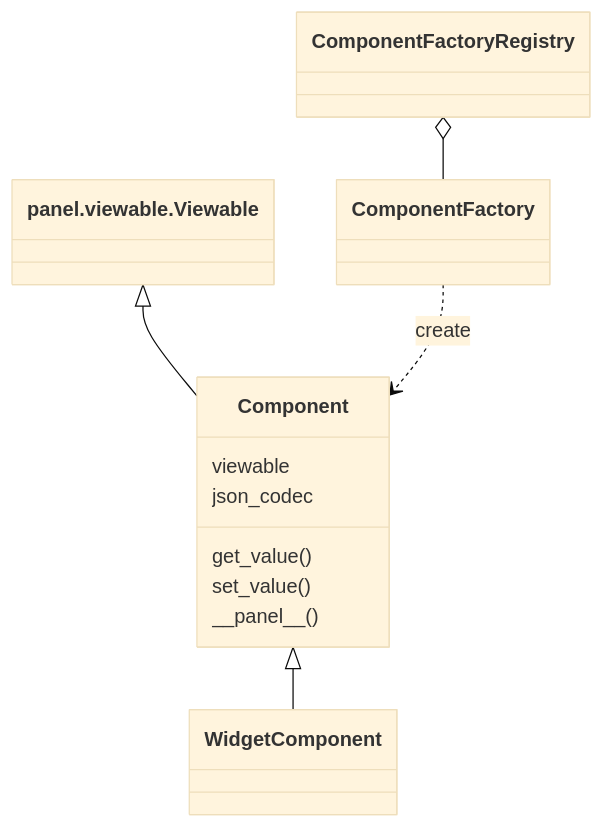
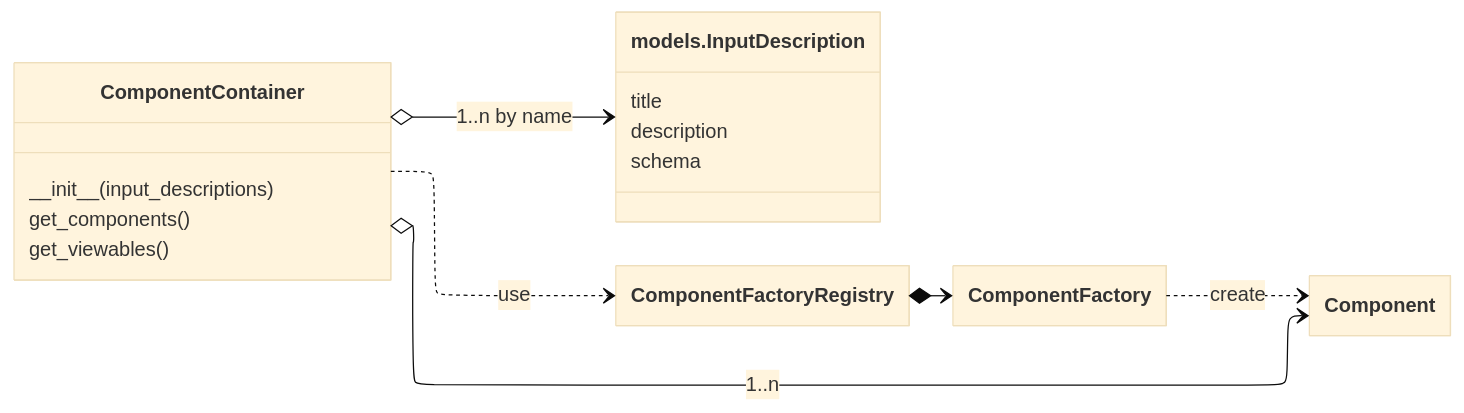
Before and after one commit to s2gos-dev/s2gos-controller: the first of 2 diagrams in s2gos-client/src/s2gos_client/gui/component/design.md, drawn with Mermaid (base theme). The commit also changed other lines of this file and 1 other file, not shown here.

Commit message:
updated UML diagrams

````diff
--- a/s2gos-client/src/s2gos_client/gui/component/design.md
+++ b/s2gos-client/src/s2gos_client/gui/component/design.md
@@ -3,16 +3,25 @@
 ```mermaid
+---
+config:
+  class:
+    hideEmptyMembersBox: true
+  layout: elk
+---
 classDiagram
-
-Component : get_value()
-Component : set_value()
-Component: \_\_panel\_\_()
-Component : viewable
-Component : json_codec
-
-Component <|-- WidgetComponent
-panel.viewable.Viewable <|-- Component
-
-ComponentFactory ..> Component : create
-
-ComponentFactoryRegistry o-- ComponentFactory
+direction LR
+    class models.InputDescription {
+      title
+      description
+      schema
+    }
+    class ComponentContainer {
+	    \_\_init\_\_(input_descriptions)
+      get_components()
+      get_viewables()
+    }
+    ComponentContainer ..> ComponentFactoryRegistry : use
+    ComponentContainer o--> models.InputDescription : 1..n by name
+    ComponentContainer o--> Component : 1..n
+    ComponentFactory ..> Component : create
+    ComponentFactoryRegistry *--> ComponentFactory
 ```
````
